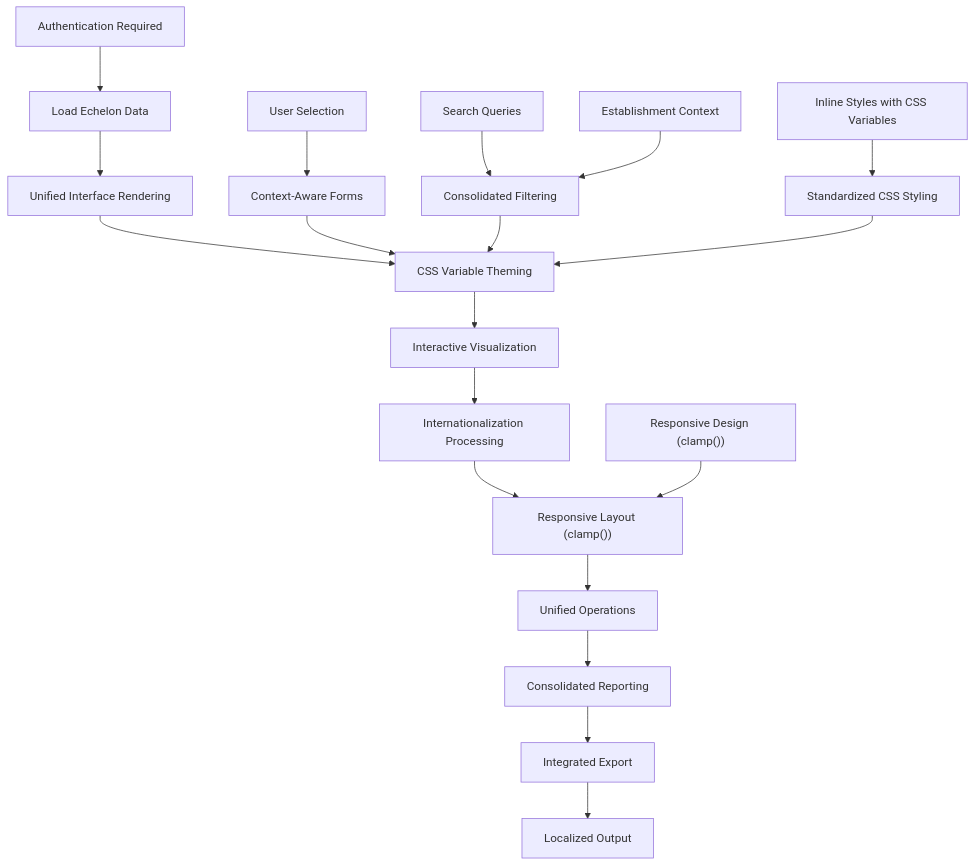
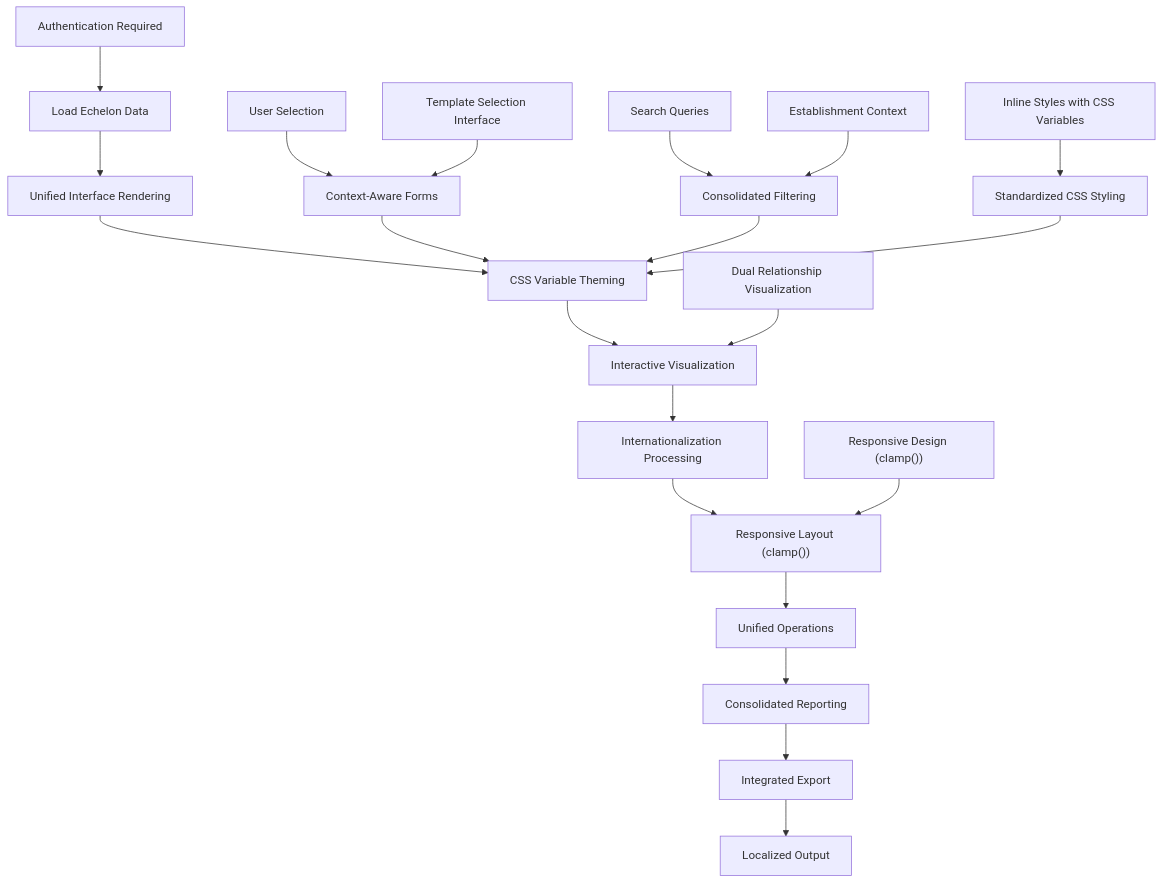
One commit to franckylab/eLISAschool changed the eighth of 12 diagrams in .qoder/repowiki/en/content/Human Resources Management/Personnel Administration/Organizational Structure.md. Above: the diagram before and after it, drawn with Mermaid. The commit also changed other lines of this file and 21 other files, not shown here.

````diff
--- a/.qoder/repowiki/en/content/Human Resources Management/Personnel Administration/Organizational Structure.md
+++ b/.qoder/repowiki/en/content/Human Resources Management/Personnel Administration/Organizational Structure.md
@@ -357,21 +505,23 @@
 ```mermaid
 flowchart TD
 A["Load Echelon Data"] --> B["Unified Interface Rendering"]
 C["User Selection"] --> D["Context-Aware Forms"]
 E["Search Queries"] --> F["Consolidated Filtering"]
 B --> G["CSS Variable Theming"]
 D --> G
 F --> G
 G --> H["Interactive Visualization"]
 H --> I["Internationalization Processing"]
 I --> J["Responsive Layout (clamp())"]
 J --> K["Unified Operations"]
 K --> L["Consolidated Reporting"]
 L --> M["Integrated Export"]
 M --> N["Localized Output"]
 O["Authentication Required"] --> A
 P["Establishment Context"] --> F
 Q["Standardized CSS Styling"] --> G
 R["Inline Styles with CSS Variables"] --> Q
 S["Responsive Design (clamp())"] --> J
+T["Dual Relationship Visualization"] --> H
+U["Template Selection Interface"] --> D
 ```
````
